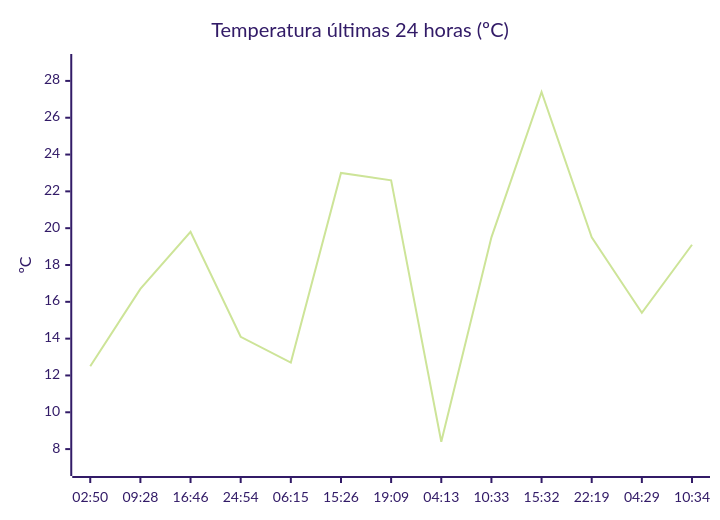
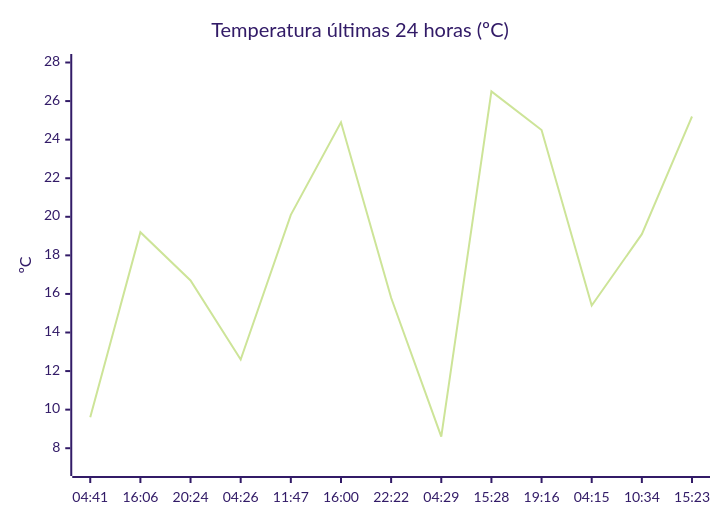
The diagram in README.md (solidsnk86/rem-scrap), drawn with Mermaid (forest theme) before and after one commit. The commit also changed other lines of this file, not shown here.

````diff
--- a/README.md
+++ b/README.md
@@ -36,7 +34,7 @@
 ```mermaid
 xychart-beta
     title "Temperatura últimas 24 horas (ºC)"
-    x-axis ["02:50", "09:28", "16:46", "24:54", "06:15", "15:26", "19:09", "04:13", "10:33", "15:32", "22:19", "04:29", "10:34"]
-    y-axis "ºC" 7 --> 29
-    line [12.5, 16.7, 19.8, 14.1, 12.7, 23, 22.6, 8.4, 19.5, 27.4, 19.5, 15.4, 19.1]
+    x-axis ["04:41", "16:06", "20:24", "04:26", "11:47", "16:00", "22:22", "04:29", "15:28", "19:16", "04:15", "10:34", "15:23"]
+    y-axis "ºC" 7 --> 28
+    line [9.6, 19.2, 16.7, 12.6, 20.1, 24.9, 15.8, 8.6, 26.5, 24.5, 15.4, 19.1, 25.2]
 ```
````
